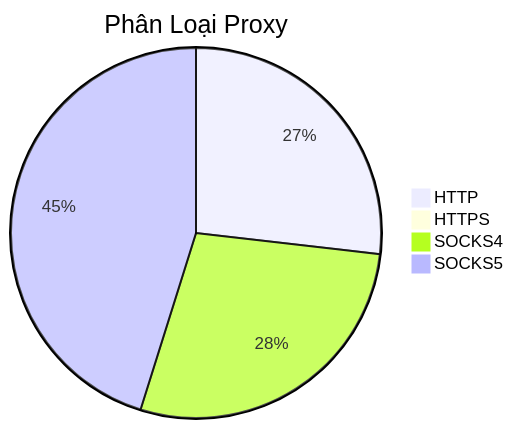
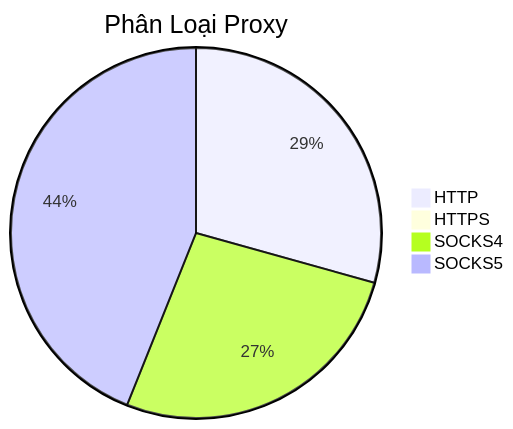
The diagram in README.md (Ciara-Aa/PROXY-free), drawn with Mermaid before and after one commit. The commit also changed other lines of this file and 4 other files, not shown here.

````diff
--- a/README.md
+++ b/README.md
@@ -26,7 +26,7 @@
 ```mermaid
 pie title Phân Loại Proxy
-    "HTTP" : 180
-    "HTTPS" : 1
-    "SOCKS4" : 188
-    "SOCKS5" : 303
+    "HTTP" : 249
+    "HTTPS" : 4
+    "SOCKS4" : 227
+    "SOCKS5" : 373
 ```
````
